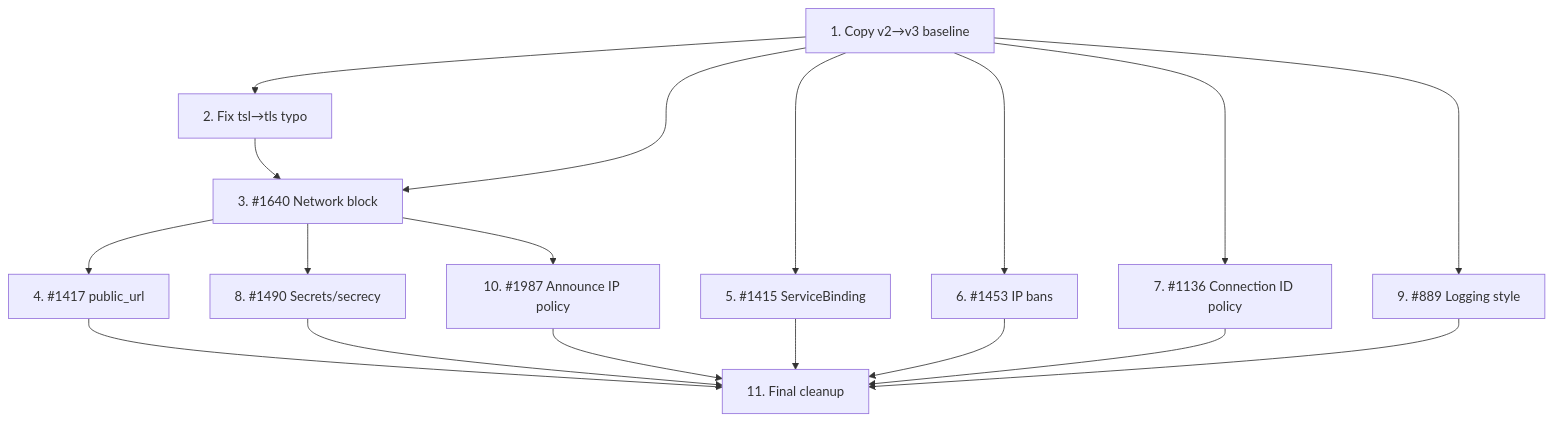
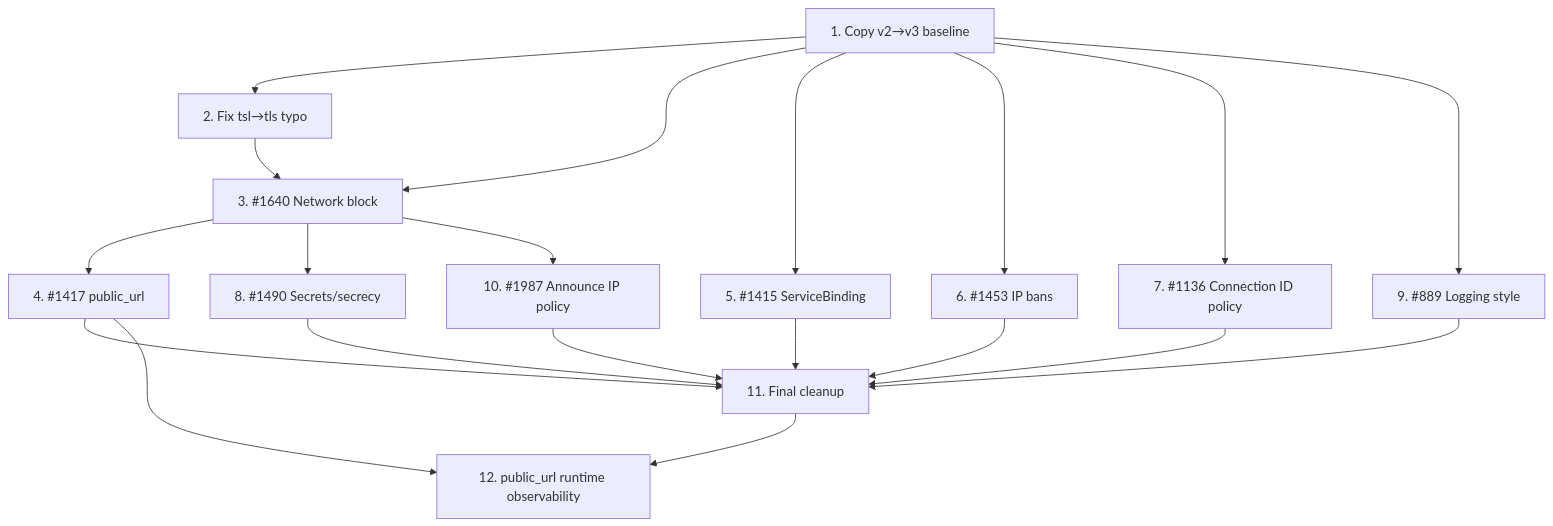
One commit to torrust/torrust-tracker changed the diagram in docs/issues/open/1978-configuration-overhaul-epic.md. Above: the diagram before and after it, drawn with Mermaid. The commit also changed other lines of this file and 4 other files, not shown here.

````diff
--- a/docs/issues/open/1978-configuration-overhaul-epic.md
+++ b/docs/issues/open/1978-configuration-overhaul-epic.md
@@ -102,20 +105,22 @@
 ```mermaid
 graph TD
     sub1["1. Copy v2→v3 baseline"] --> sub2["2. Fix tsl→tls typo"]
     sub1 --> sub3["3. #1640 Network block"]
     sub1 --> sub5["5. #1415 ServiceBinding"]
     sub1 --> sub6["6. #1453 IP bans"]
       sub1 --> sub7["7. #1136 Connection ID policy"]
       sub1 --> sub9["9. #889 Logging style"]
     sub2 --> sub3
     sub3 --> sub4["4. #1417 public_url"]
       sub3 --> sub8["8. #1490 Secrets/secrecy"]
       sub3 --> sub10["10. #1987 Announce IP policy"]
       sub4 --> sub11["11. Final cleanup"]
       sub5 --> sub11
       sub6 --> sub11
       sub7 --> sub11
       sub8 --> sub11
       sub9 --> sub11
       sub10 --> sub11
+      sub4 --> sub12["12. public_url runtime observability"]
+      sub11 --> sub12
 ```
````
